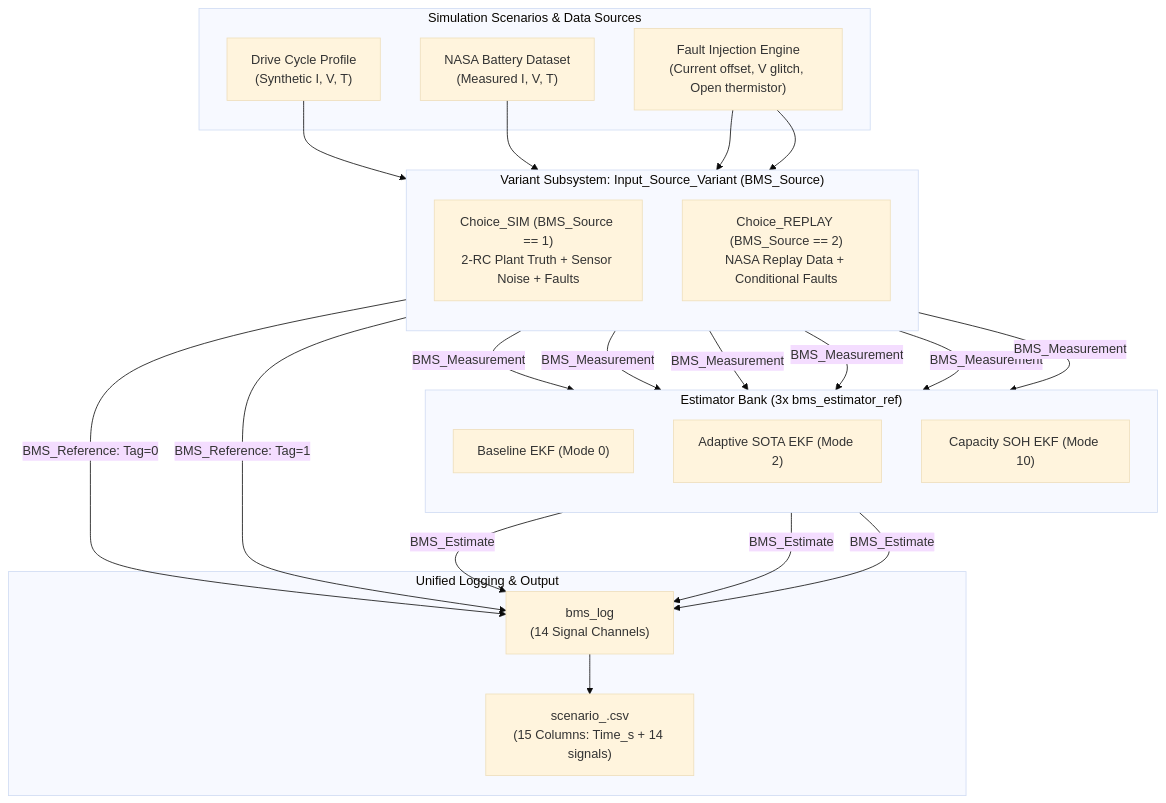
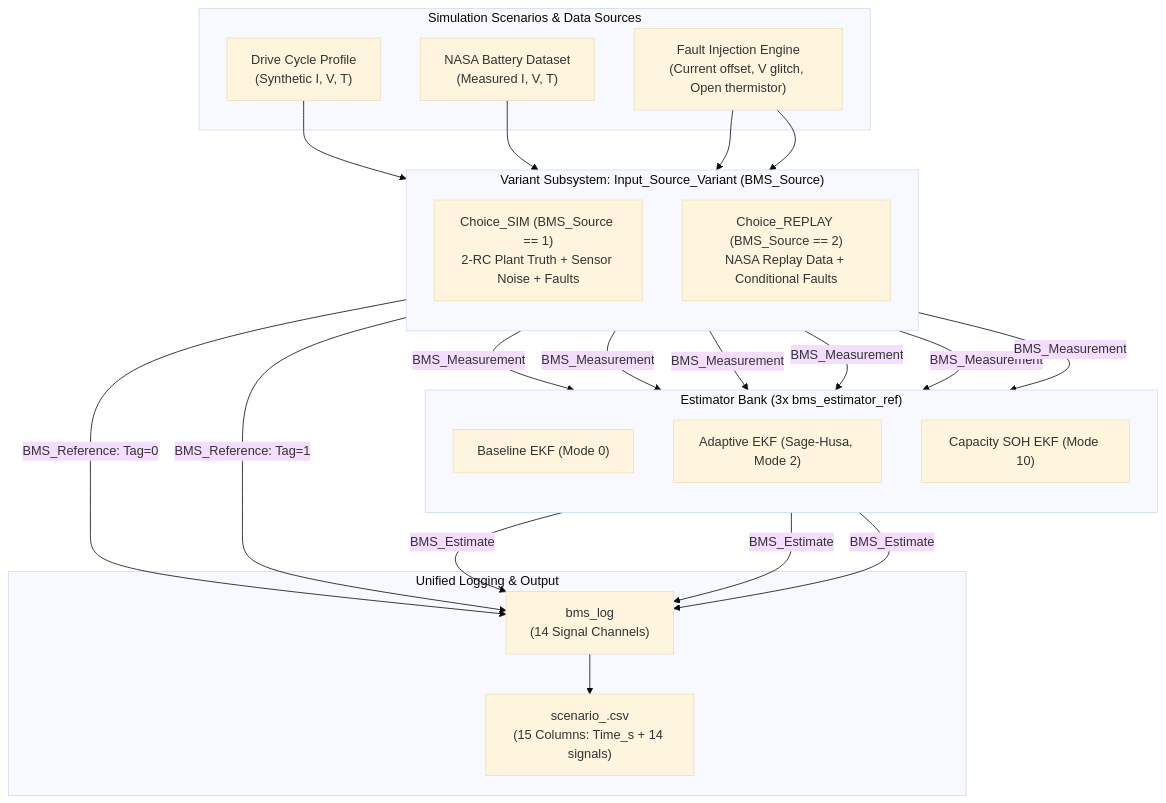
The second of 3 diagrams in docs/architecture.md (ByteBeast-1/aco-ekf-soc-estimation), drawn with Mermaid (base theme) before and after one commit. The commit also changed other lines of this file and 8 other files, not shown here.

Commit message:
fix(phase2): update cross-matrix metrics, Sage-Husa naming, and full Monte Carlo ensemble

````diff
--- a/docs/architecture.md
+++ b/docs/architecture.md
@@ -81,41 +81,41 @@
 ```mermaid
 graph TD
     subgraph Inputs ["Simulation Scenarios & Data Sources"]
         DP["Drive Cycle Profile<br/>(Synthetic I, V, T)"]
         NASA["NASA Battery Dataset<br/>(Measured I, V, T)"]
         FC["Fault Injection Engine<br/>(Current offset, V glitch, Open thermistor)"]
     end
 
     subgraph Variant ["Variant Subsystem: Input_Source_Variant (BMS_Source)"]
         direction TB
         CS["Choice_SIM (BMS_Source == 1)<br/>2-RC Plant Truth + Sensor Noise + Faults"]
         CR["Choice_REPLAY (BMS_Source == 2)<br/>NASA Replay Data + Conditional Faults"]
     end
 
     subgraph Estimators ["Estimator Bank (3x bms_estimator_ref)"]
         direction TB
         E1["Baseline EKF (Mode 0)"]
-        E2["Adaptive SOTA EKF (Mode 2)"]
+        E2["Adaptive EKF (Sage-Husa, Mode 2)"]
         E3["Capacity SOH EKF (Mode 10)"]
     end
 
     subgraph Telemetry ["Unified Logging & Output"]
         LOG["bms_log<br/>(14 Signal Channels)"]
         CSV["scenario_<name>.csv<br/>(15 Columns: Time_s + 14 signals)"]
     end
 
     DP --> CS
     FC --> CS
     NASA --> CR
     FC --> CR
 
     CS -->|BMS_Measurement| E1 & E2 & E3
     CR -->|BMS_Measurement| E1 & E2 & E3
     CS -->|BMS_Reference: Tag=0| LOG
     CR -->|BMS_Reference: Tag=1| LOG
 
     E1 -->|BMS_Estimate| LOG
     E2 -->|BMS_Estimate| LOG
     E3 -->|BMS_Estimate| LOG
     LOG --> CSV
 ```
````
